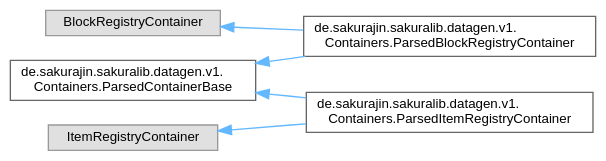
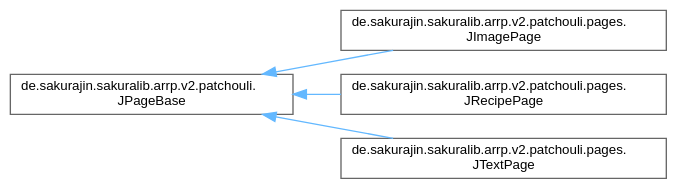
Before and after one commit to noah1510/sakura-lib: the diagram in inherit_graph_6.dot, drawn with Graphviz. The commit also changed 150 other files, not shown here.

```diff
--- a/inherit_graph_6.dot
+++ b/inherit_graph_6.dot
@@ -1,17 +1,15 @@
 digraph "Graphical Class Hierarchy"
 {
  // LATEX_PDF_SIZE
   bgcolor="transparent";
   edge [fontname=Helvetica,fontsize=10,labelfontname=Helvetica,labelfontsize=10];
   node [fontname=Helvetica,fontsize=10,shape=box,height=0.2,width=0.4];
   rankdir="LR";
-  Node0 [label="de.sakurajin.sakuralib.datagen.v1.\lContainers.ParsedContainerBase",height=0.2,width=0.4,color="grey40", fillcolor="white", style="filled",URL="$classde_1_1sakurajin_1_1sakuralib_1_1datagen_1_1v1_1_1Containers_1_1ParsedContainerBase.html",tooltip="The base class to automatically parse all items and blocks in a class."];
+  Node0 [label="de.sakurajin.sakuralib.arrp.v2.patchouli.\lJPageBase",height=0.2,width=0.4,color="grey40", fillcolor="white", style="filled",URL="$classde_1_1sakurajin_1_1sakuralib_1_1arrp_1_1v2_1_1patchouli_1_1JPageBase.html",tooltip="Base class for all pages This only contains the basic data common across all page types."];
   Node0 -> Node1 [dir="back",color="steelblue1",style="solid"];
-  Node1 [label="de.sakurajin.sakuralib.datagen.v1.\lContainers.ParsedBlockRegistryContainer",height=0.2,width=0.4,color="grey40", fillcolor="white", style="filled",URL="$classde_1_1sakurajin_1_1sakuralib_1_1datagen_1_1v1_1_1Containers_1_1ParsedBlockRegistryContainer.html",tooltip="A ParsedBlockRegistryContainer is a Block Registry Container that works with the DatagenAPI."];
+  Node1 [label="de.sakurajin.sakuralib.arrp.v2.patchouli.pages.\lJImagePage",height=0.2,width=0.4,color="grey40", fillcolor="white", style="filled",URL="$classde_1_1sakurajin_1_1sakuralib_1_1arrp_1_1v2_1_1patchouli_1_1pages_1_1JImagePage.html",tooltip="A page containing images."];
+  Node0 -> Node2 [dir="back",color="steelblue1",style="solid"];
+  Node2 [label="de.sakurajin.sakuralib.arrp.v2.patchouli.pages.\lJRecipePage",height=0.2,width=0.4,color="grey40", fillcolor="white", style="filled",URL="$classde_1_1sakurajin_1_1sakuralib_1_1arrp_1_1v2_1_1patchouli_1_1pages_1_1JRecipePage.html",tooltip="A page containing 1 or 2 recipes."];
   Node0 -> Node3 [dir="back",color="steelblue1",style="solid"];
-  Node3 [label="de.sakurajin.sakuralib.datagen.v1.\lContainers.ParsedItemRegistryContainer",height=0.2,width=0.4,color="grey40", fillcolor="white", style="filled",URL="$classde_1_1sakurajin_1_1sakuralib_1_1datagen_1_1v1_1_1Containers_1_1ParsedItemRegistryContainer.html",tooltip="A ParsedItemRegistryContainer is a Item Registry Container that works with the DatagenAPI."];
-  Node2 [label="BlockRegistryContainer",height=0.2,width=0.4,color="grey60", fillcolor="#E0E0E0", style="filled",tooltip=" "];
-  Node2 -> Node1 [dir="back",color="steelblue1",style="solid"];
-  Node4 [label="ItemRegistryContainer",height=0.2,width=0.4,color="grey60", fillcolor="#E0E0E0", style="filled",tooltip=" "];
-  Node4 -> Node3 [dir="back",color="steelblue1",style="solid"];
+  Node3 [label="de.sakurajin.sakuralib.arrp.v2.patchouli.pages.\lJTextPage",height=0.2,width=0.4,color="grey40", fillcolor="white", style="filled",URL="$classde_1_1sakurajin_1_1sakuralib_1_1arrp_1_1v2_1_1patchouli_1_1pages_1_1JTextPage.html",tooltip="A page containing only text."];
 }
```
